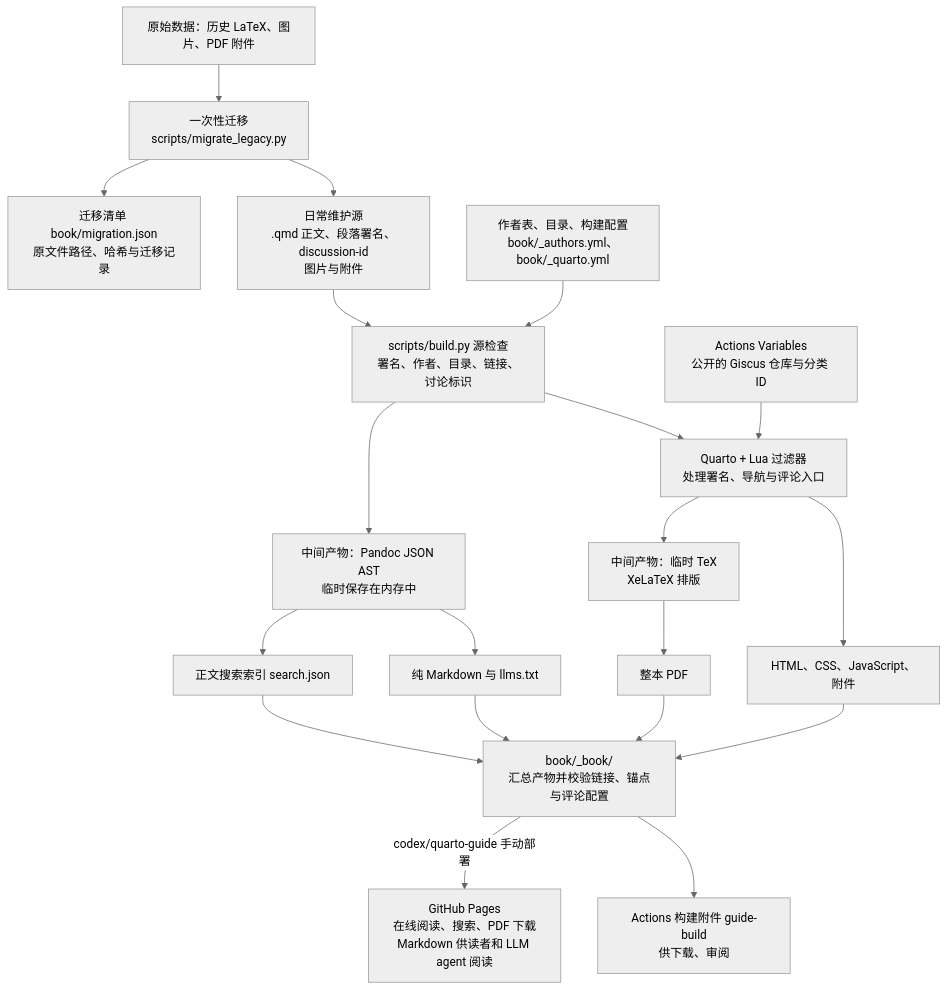
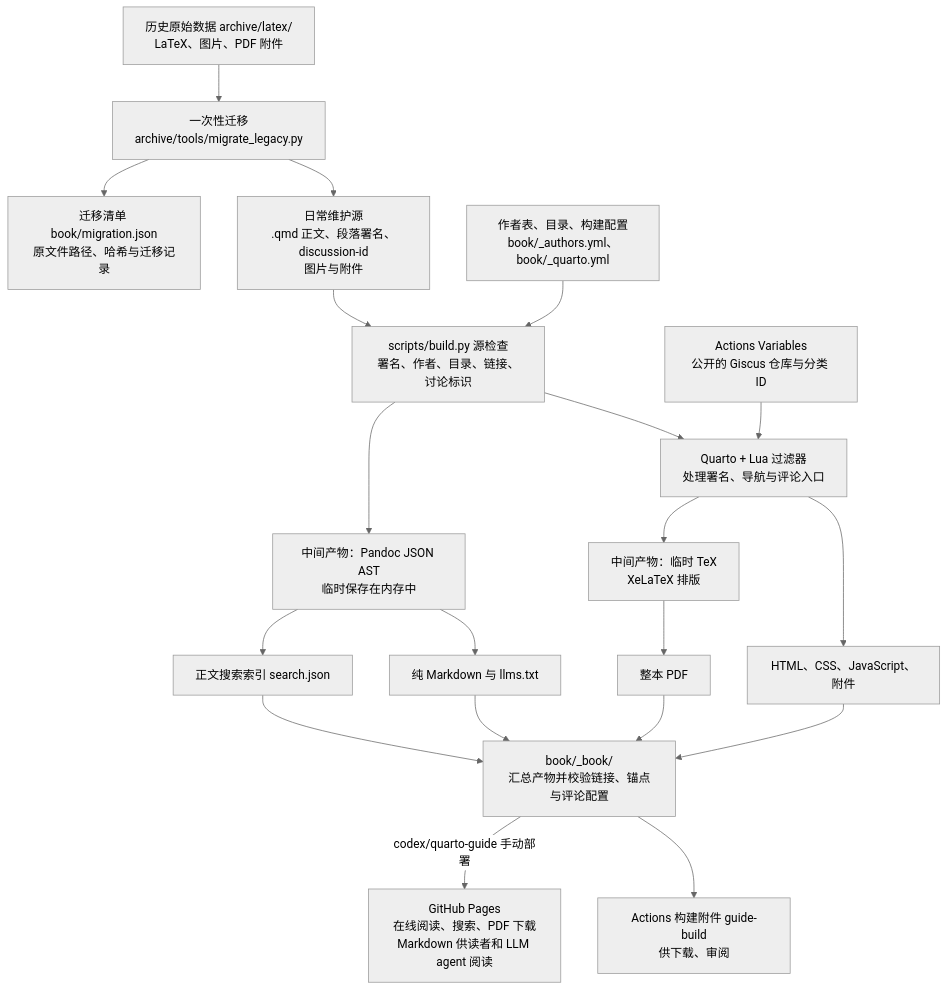
The first of 2 diagrams in docs/data-flow.md (xp-pgrs-unofficial-guide/xp_pgrs_unofficial_guide), drawn with Mermaid (neutral theme) before and after one commit. The commit also changed other lines of this file and 134 other files, not shown here.

Commit message:
Archive legacy LaTeX project and historical tooling

````diff
--- a/docs/data-flow.md
+++ b/docs/data-flow.md
@@ -7,30 +7,30 @@
 ```mermaid
 flowchart TD
-    OLD["原始数据：历史 LaTeX、图片、PDF 附件"]
-    OLD --> MIG["一次性迁移<br/>scripts/migrate_legacy.py"]
+    OLD["历史原始数据 archive/latex/<br/>LaTeX、图片、PDF 附件"]
+    OLD --> MIG["一次性迁移<br/>archive/tools/migrate_legacy.py"]
     MIG --> SRC["日常维护源<br/>.qmd 正文、段落署名、discussion-id<br/>图片与附件"]
     MIG --> MAN["迁移清单 book/migration.json<br/>原文件路径、哈希与迁移记录"]
 
     META["作者表、目录、构建配置<br/>book/_authors.yml、book/_quarto.yml"]
     SRC --> CHECK["scripts/build.py 源检查<br/>署名、作者、目录、链接、讨论标识"]
     META --> CHECK
 
     CHECK --> RENDER["Quarto + Lua 过滤器<br/>处理署名、导航与评论入口"]
     VARS["Actions Variables<br/>公开的 Giscus 仓库与分类 ID"] --> RENDER
 
     RENDER --> HTML["HTML、CSS、JavaScript、附件"]
     RENDER --> TEX["中间产物：临时 TeX<br/>XeLaTeX 排版"]
     TEX --> PDF["整本 PDF"]
 
     CHECK --> AST["中间产物：Pandoc JSON AST<br/>临时保存在内存中"]
     AST --> MD["纯 Markdown 与 llms.txt"]
     AST --> SEARCH["正文搜索索引 search.json"]
 
     HTML --> OUT["book/_book/<br/>汇总产物并校验链接、锚点与评论配置"]
     PDF --> OUT
     MD --> OUT
     SEARCH --> OUT
 
     OUT --> ART["Actions 构建附件 guide-build<br/>供下载、审阅"]
     OUT -->|"codex/quarto-guide 手动部署"| PAGES["GitHub Pages<br/>在线阅读、搜索、PDF 下载<br/>Markdown 供读者和 LLM agent 阅读"]
 ```
````
